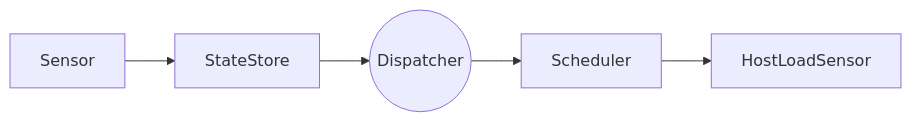
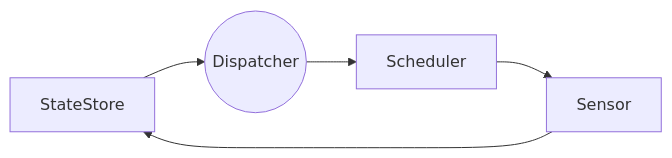
One commit to asbjornenge/dux changed the diagram in sensors.mermaid. Above: the diagram before and after it, drawn with Mermaid. The commit also changed 1 other file, not shown here.

```diff
--- a/sensors.mermaid
+++ b/sensors.mermaid
@@ -1,11 +1,11 @@
 graph LR;
 
 	StateStore;
 	Dispatcher((Dispatcher));
 	Scheduler;
     Sensor;
 
 	StateStore --> Dispatcher
 	Dispatcher --> Scheduler
-    Scheduler --> HostLoadSensor 
+    Scheduler --> Sensor 
     Sensor --> StateStore 
```
